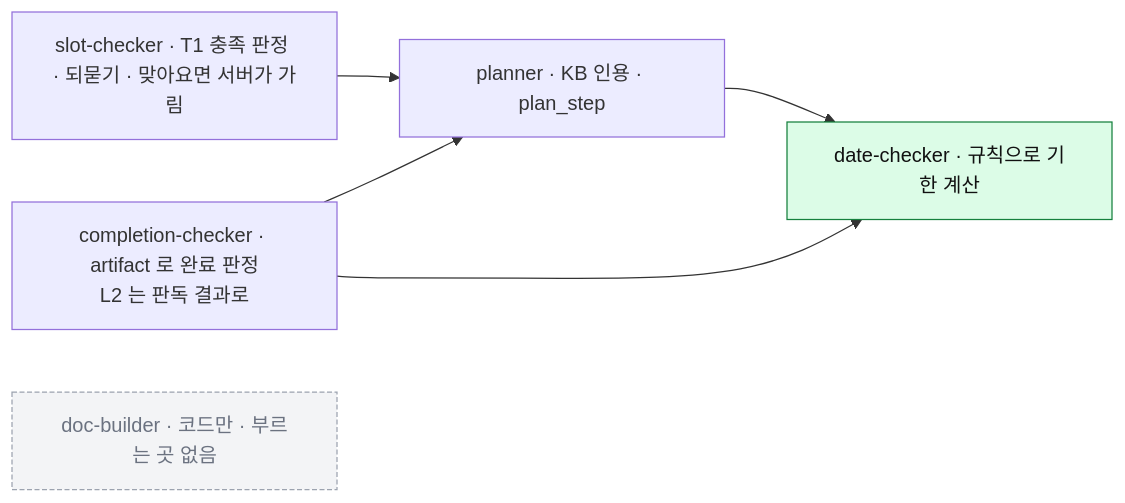
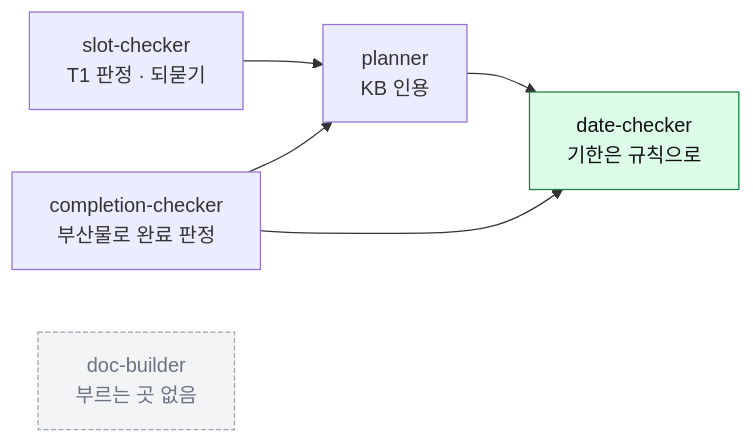
The fifth of 10 diagrams in ARCHITECTURE.md (Dojaegyum/fsec-ai-challenge), drawn with Mermaid before and after one commit. The commit also changed other lines of this file and 4 other files, not shown here.

First line of the commit message:
ARCHITECTURE.md 그림을 뷰어에서 안 잘리게 다시 그리고, ADR 번호를 그림·본문에서 걷어 절 끝 「근거」로 모으고, 환경·시크릿 절을 없앤다

````diff
--- a/ARCHITECTURE.md
+++ b/ARCHITECTURE.md
@@ -275,11 +239,11 @@
 ```mermaid
 flowchart LR
-    SC["slot-checker · T1 충족 판정 · 되묻기 · 맞아요면 서버가 가림"] --> PL["planner · KB 인용 · plan_step"]
-    PL --> DC["date-checker · 규칙으로 기한 계산"]
-    COMP["completion-checker · artifact 로 완료 판정<br/>L2 는 판독 결과로"] --> DC
+    SC["slot-checker<br/>T1 판정 · 되묻기"] --> PL["planner<br/>KB 인용"]
+    PL --> DC["date-checker<br/>기한은 규칙으로"]
+    COMP["completion-checker<br/>부산물로 완료 판정"] --> DC
     COMP --> PL
-    DOC["doc-builder · 코드만 · 부르는 곳 없음"]
+    DOC["doc-builder<br/>부르는 곳 없음"]
 
     style DC fill:#dcfce7,stroke:#15803d,color:#111
     style DOC fill:#f3f4f6,stroke:#9ca3af,color:#6b7280,stroke-dasharray: 4 2
 ```
````
